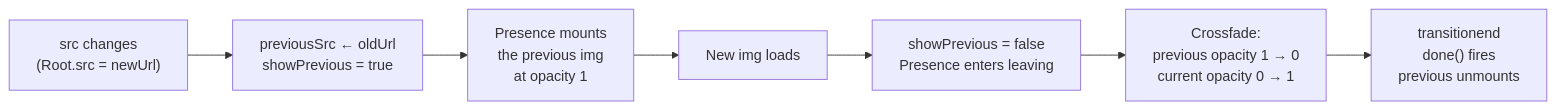
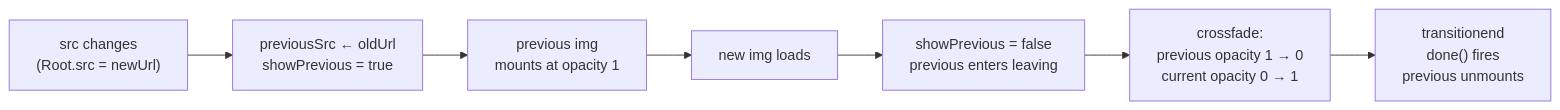
The third of 3 diagrams in apps/docs/src/pages/components/semantic/image.md (vuetifyjs/0), drawn with Mermaid before and after one commit. The commit also changed other lines of this file and 6 other files, not shown here.

````diff
--- a/apps/docs/src/pages/components/semantic/image.md
+++ b/apps/docs/src/pages/components/semantic/image.md
@@ -152,12 +152,12 @@
 ```mermaid "Source transition"
 flowchart LR
   Change["src changes<br/>(Root.src = newUrl)"]
   Capture["previousSrc ← oldUrl<br/>showPrevious = true"]
-  Mount["Presence mounts<br/>the previous img<br/>at opacity 1"]
-  Load["New img loads"]
-  Leave["showPrevious = false<br/>Presence enters leaving"]
-  Fade["Crossfade:<br/>previous opacity 1 → 0<br/>current opacity 0 → 1"]
+  Mount["previous img<br/>mounts at opacity 1"]
+  Load["new img loads"]
+  Leave["showPrevious = false<br/>previous enters leaving"]
+  Fade["crossfade:<br/>previous opacity 1 → 0<br/>current opacity 0 → 1"]
   Unmount["transitionend<br/>done() fires<br/>previous unmounts"]
 
   Change --> Capture --> Mount --> Load --> Leave --> Fade --> Unmount
 ```
````
